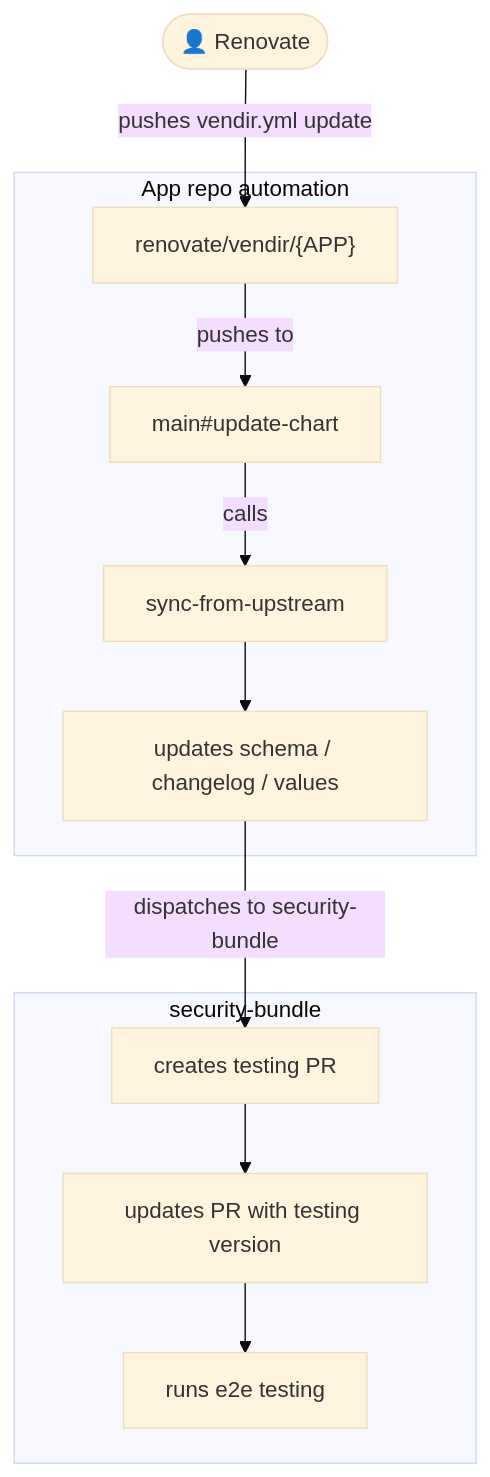
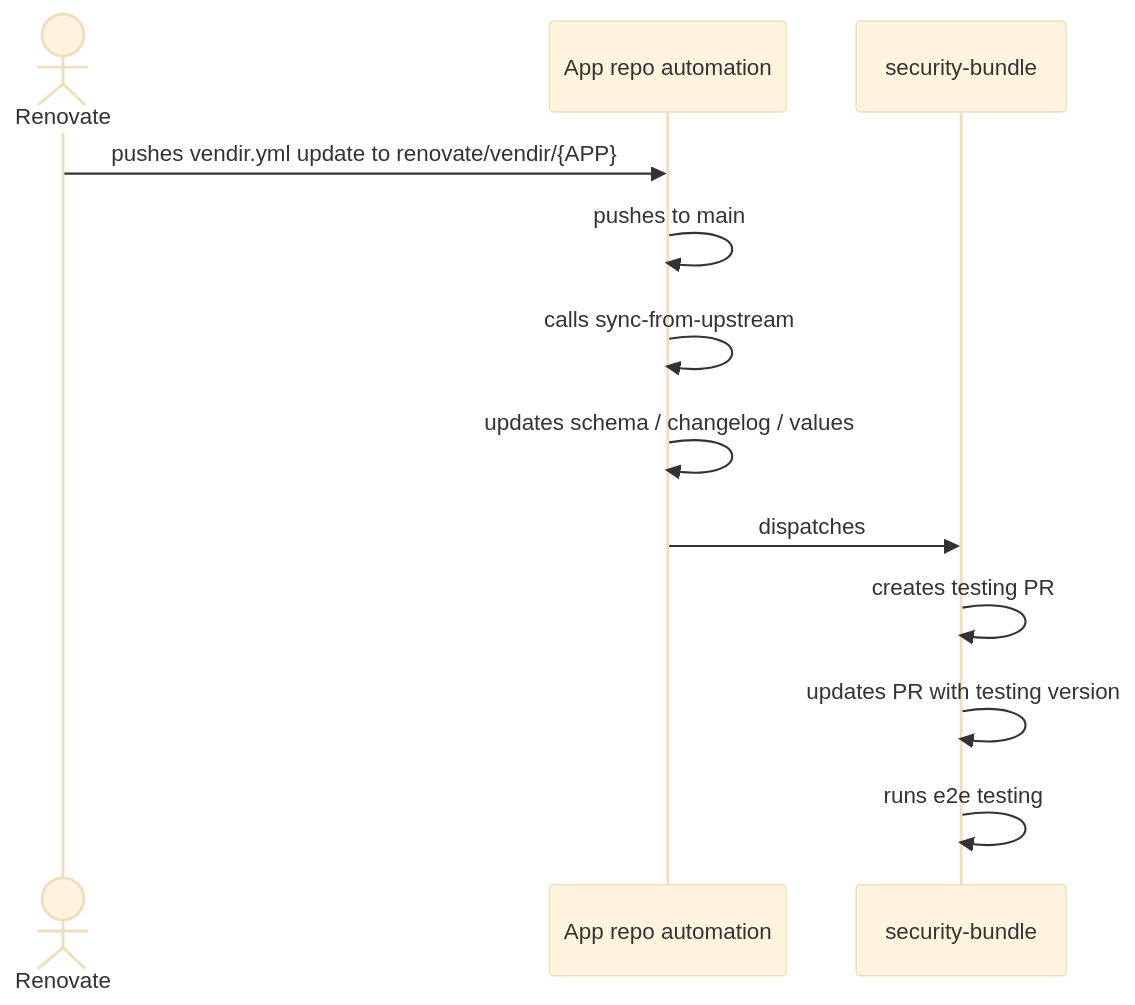
One commit to giantswarm/security-bundle changed the diagram in docs/automated-chart-updates-simplified.md. Above: the diagram before and after it, drawn with Mermaid (base theme).

Commit message:
docs: change simplified diagrams

````diff
--- a/docs/automated-chart-updates-simplified.md
+++ b/docs/automated-chart-updates-simplified.md
@@ -7,19 +7,15 @@
 ```mermaid
-flowchart TD
-    renovate(["👤 Renovate"])
+sequenceDiagram
+    actor Renovate
+    participant App as App repo automation
+    participant SB as security-bundle
 
-    renovate -->|"pushes vendir.yml update"| branch["renovate/vendir/{APP}"]
-
-    subgraph apprepo["App repo automation"]
-        branch -->|"pushes to"| update["main#update-chart"]
-        update -->|"calls"| sync["sync-from-upstream"]
-        sync --> changes["updates schema / changelog / values"]
-    end
-
-    changes -->|"dispatches to security-bundle"| pr["creates testing PR"]
-
-    subgraph sb["security-bundle"]
-        pr --> version["updates PR with testing version"]
-        version --> e2e["runs e2e testing"]
-    end
+    Renovate->>App: pushes vendir.yml update to renovate/vendir/{APP}
+    App->>App: pushes to main#update-chart
+    App->>App: calls sync-from-upstream
+    App->>App: updates schema / changelog / values
+    App->>SB: dispatches
+    SB->>SB: creates testing PR
+    SB->>SB: updates PR with testing version
+    SB->>SB: runs e2e testing
 ```
````
